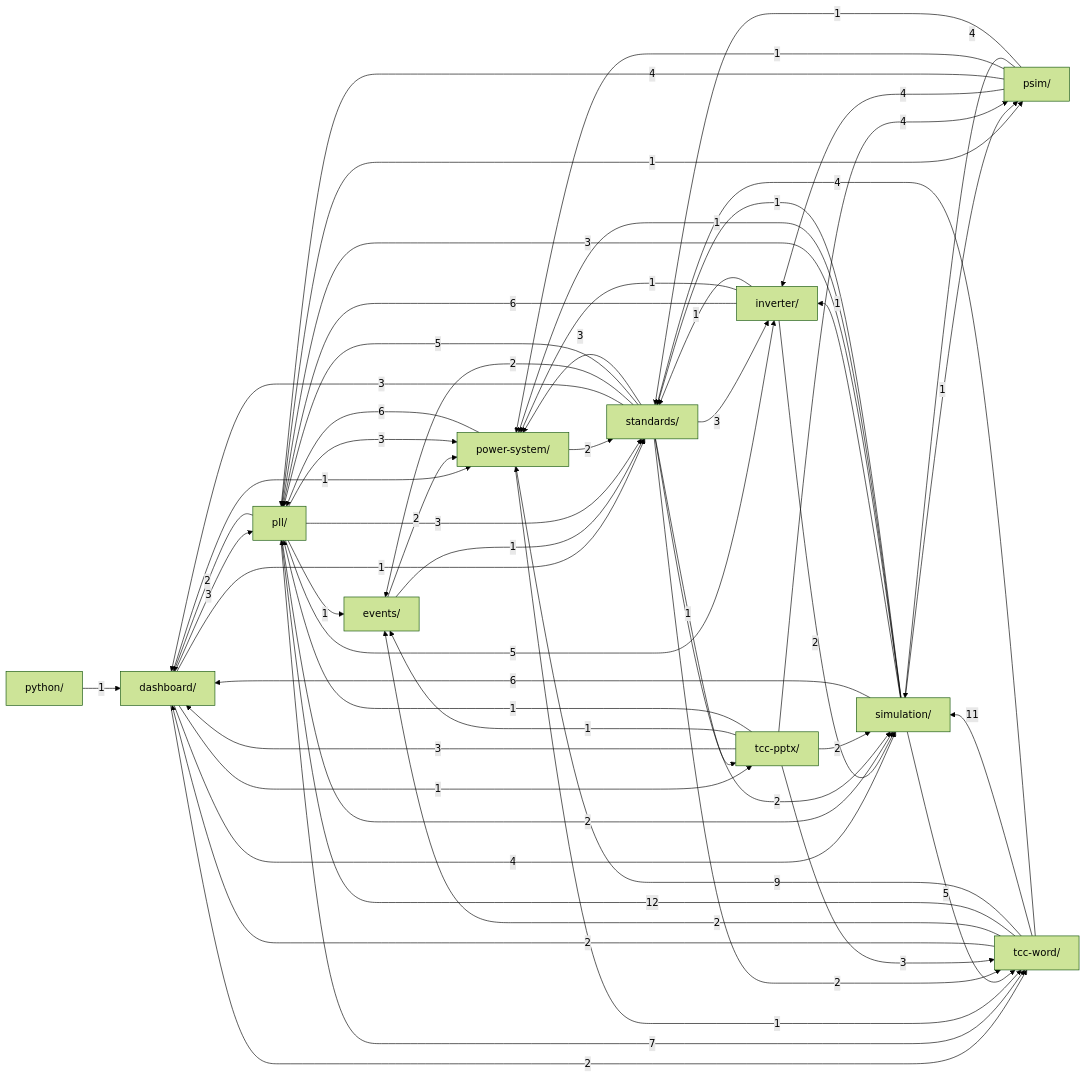
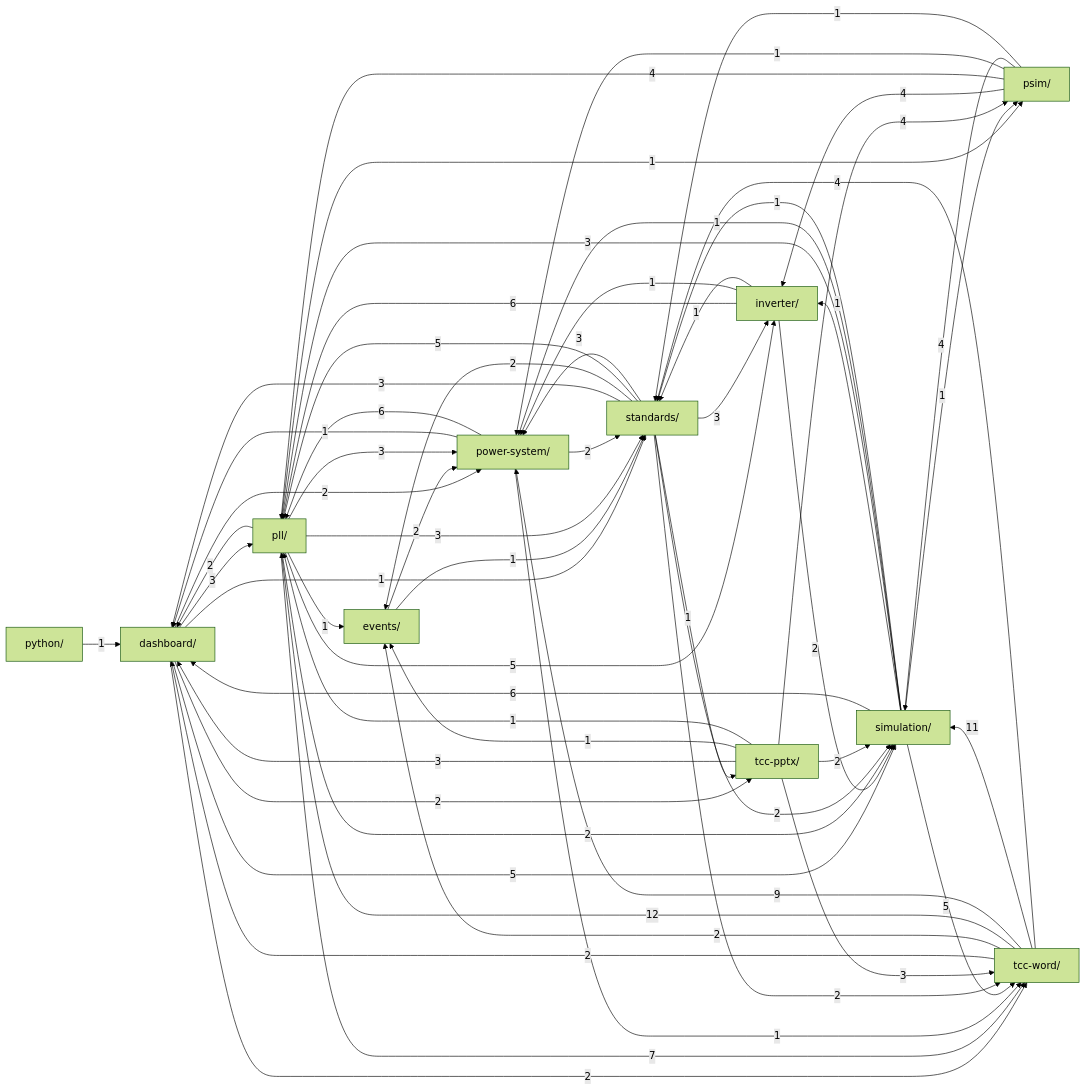
The diagram in .claude/kb/grafo.md (GGHB0/pll_stability_9bus), drawn with Mermaid (forest theme) before and after one commit. The commit also changed 14 other files, not shown here.

````diff
--- a/.claude/kb/grafo.md
+++ b/.claude/kb/grafo.md
@@ -12,70 +12,71 @@
 ```mermaid
 graph LR
     dashboard["dashboard/"]
     events["events/"]
     inverter["inverter/"]
     pll["pll/"]
     power_system["power-system/"]
     psim["psim/"]
     python["python/"]
     simulation["simulation/"]
     standards["standards/"]
     tcc_pptx["tcc-pptx/"]
     tcc_word["tcc-word/"]
     dashboard -->|3| pll
-    dashboard -->|1| power_system
-    dashboard -->|4| simulation
+    dashboard -->|2| power_system
+    dashboard -->|5| simulation
     dashboard -->|1| standards
-    dashboard -->|1| tcc_pptx
+    dashboard -->|2| tcc_pptx
     dashboard -->|2| tcc_word
     events -->|2| power_system
     events -->|1| standards
     inverter -->|6| pll
     inverter -->|1| power_system
     inverter -->|2| simulation
     inverter -->|1| standards
     pll -->|2| dashboard
     pll -->|1| events
     pll -->|5| inverter
     pll -->|3| power_system
     pll -->|1| psim
     pll -->|2| simulation
     pll -->|3| standards
     pll -->|7| tcc_word
+    power_system -->|1| dashboard
     power_system -->|6| pll
     power_system -->|2| standards
     power_system -->|1| tcc_word
     psim -->|4| inverter
     psim -->|4| pll
     psim -->|1| power_system
     psim -->|4| simulation
     psim -->|1| standards
     python -->|1| dashboard
     simulation -->|6| dashboard
     simulation -->|1| inverter
     simulation -->|3| pll
     simulation -->|1| power_system
     simulation -->|1| psim
     simulation -->|1| standards
     simulation -->|5| tcc_word
     standards -->|3| dashboard
     standards -->|2| events
     standards -->|3| inverter
     standards -->|5| pll
     standards -->|3| power_system
     standards -->|2| simulation
     standards -->|1| tcc_pptx
     standards -->|2| tcc_word
     tcc_pptx -->|3| dashboard
     tcc_pptx -->|1| events
     tcc_pptx -->|1| pll
     tcc_pptx -->|4| psim
     tcc_pptx -->|2| simulation
     tcc_pptx -->|3| tcc_word
     tcc_word -->|2| dashboard
     tcc_word -->|2| events
     tcc_word -->|12| pll
     tcc_word -->|9| power_system
     tcc_word -->|11| simulation
     tcc_word -->|4| standards
 ```
````
